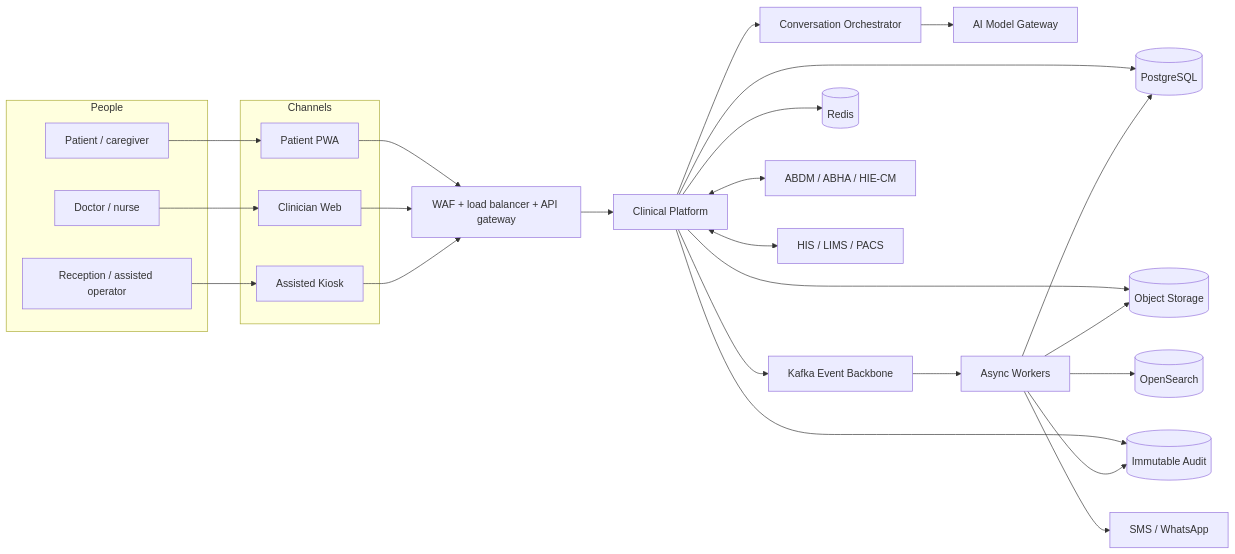
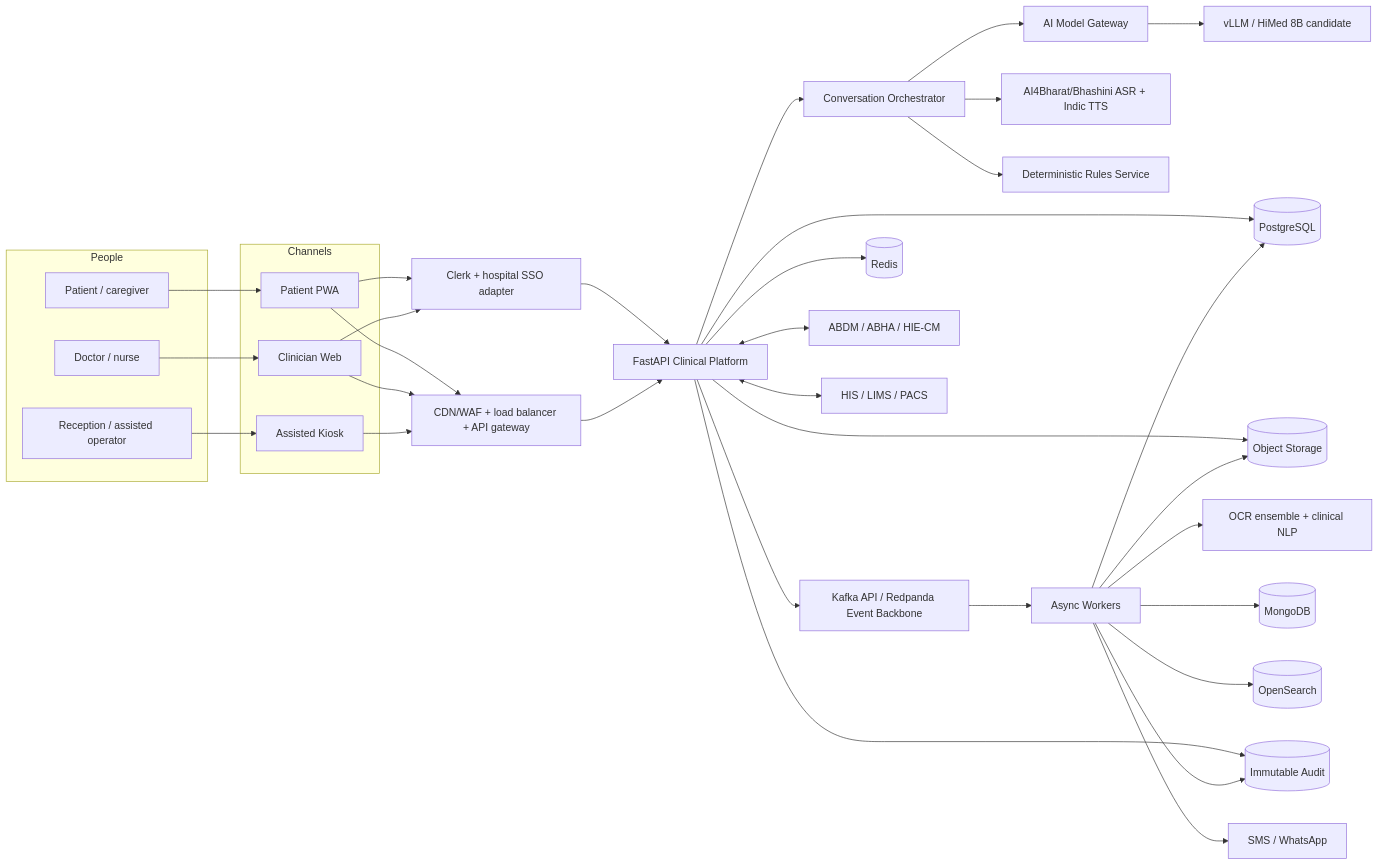
One commit to shivamsingh-007/NotMID changed the second of 3 diagrams in patient-case-taking-platform/CONTEXT-GRAPH.md. Above: the diagram before and after it, drawn with Mermaid. The commit also changed other lines of this file and 33 other files, not shown here.

Commit message:
docs:revise-architecture-stack

````diff
--- a/patient-case-taking-platform/CONTEXT-GRAPH.md
+++ b/patient-case-taking-platform/CONTEXT-GRAPH.md
@@ -47,52 +48,66 @@
 ```mermaid
 flowchart LR
     subgraph USERS["People"]
         P["Patient / caregiver"]
         C["Doctor / nurse"]
         R["Reception / assisted operator"]
     end
 
     subgraph CHANNELS["Channels"]
         PP["Patient PWA"]
         CW["Clinician Web"]
         AK["Assisted Kiosk"]
     end
 
-    EDGE["WAF + load balancer + API gateway"]
-    CORE["Clinical Platform"]
+    CLERK["Clerk + hospital SSO adapter"]
+    EDGE["CDN/WAF + load balancer + API gateway"]
+    CORE["FastAPI Clinical Platform"]
     CONV["Conversation Orchestrator"]
     AI["AI Model Gateway"]
-    BUS["Kafka Event Backbone"]
+    VLLM["vLLM / HiMed 8B candidate"]
+    SPEECH["AI4Bharat/Bhashini ASR + Indic TTS"]
+    OCR["OCR ensemble + clinical NLP"]
+    RULES["Deterministic Rules Service"]
+    BUS["Kafka API / Redpanda Event Backbone"]
     WORKERS["Async Workers"]
     PG[("PostgreSQL")]
+    MONGO[("MongoDB")]
     OBJ[("Object Storage")]
     REDIS[("Redis")]
     SEARCH[("OpenSearch")]
     AUDIT[("Immutable Audit")]
     ABDM["ABDM / ABHA / HIE-CM"]
     HOSP["HIS / LIMS / PACS"]
     MSG["SMS / WhatsApp"]
 
     P --> PP
     C --> CW
     R --> AK
     PP --> EDGE
     CW --> EDGE
     AK --> EDGE
+    PP --> CLERK
+    CW --> CLERK
+    CLERK --> CORE
     EDGE --> CORE
     CORE --> CONV
     CONV --> AI
+    AI --> VLLM
+    CONV --> SPEECH
+    WORKERS --> OCR
+    CONV --> RULES
     CORE --> PG
+    WORKERS --> MONGO
     CORE --> REDIS
     CORE --> OBJ
     CORE --> BUS
     BUS --> WORKERS
     WORKERS --> OBJ
     WORKERS --> PG
     WORKERS --> SEARCH
     CORE --> AUDIT
     WORKERS --> AUDIT
     CORE <--> ABDM
     CORE <--> HOSP
     WORKERS --> MSG
 ```
````
